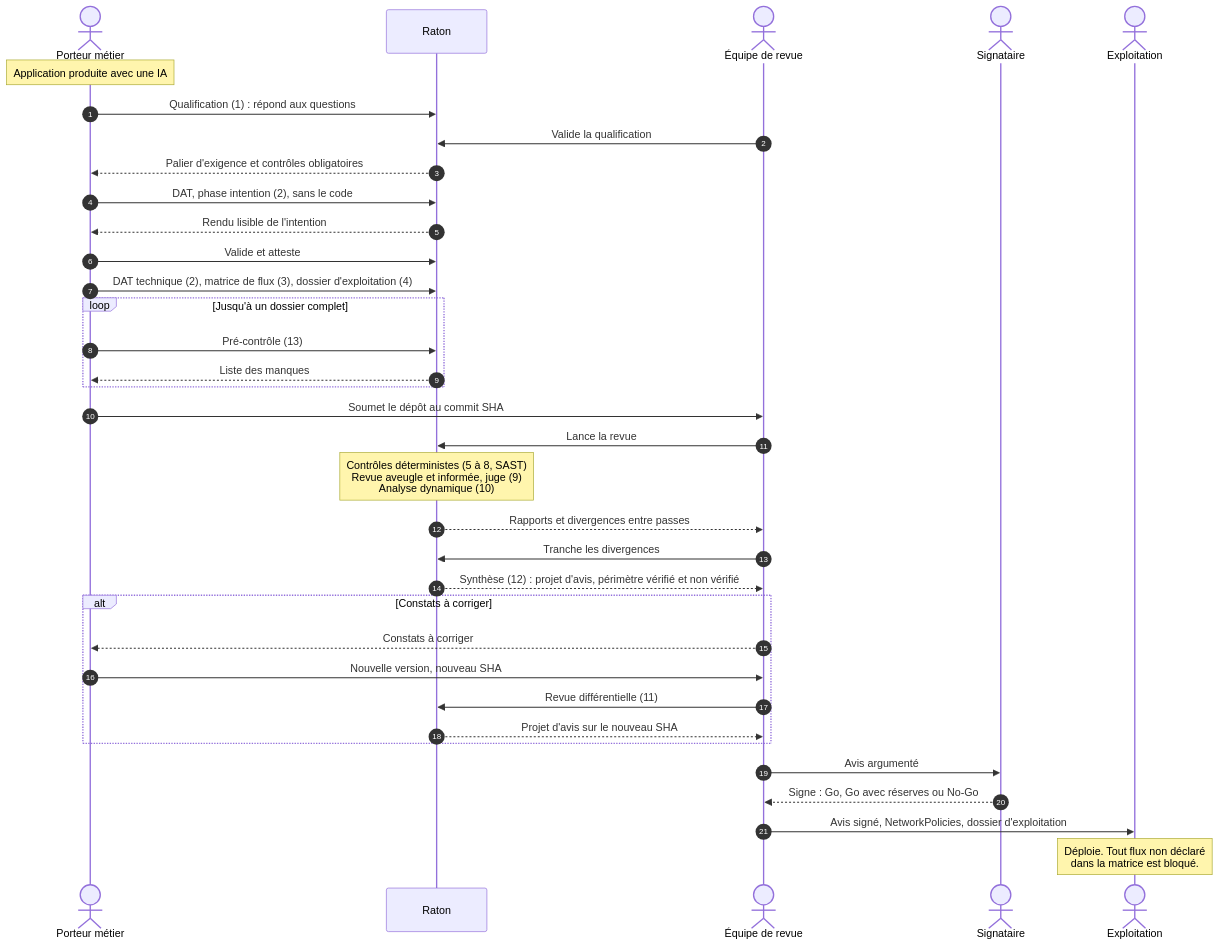
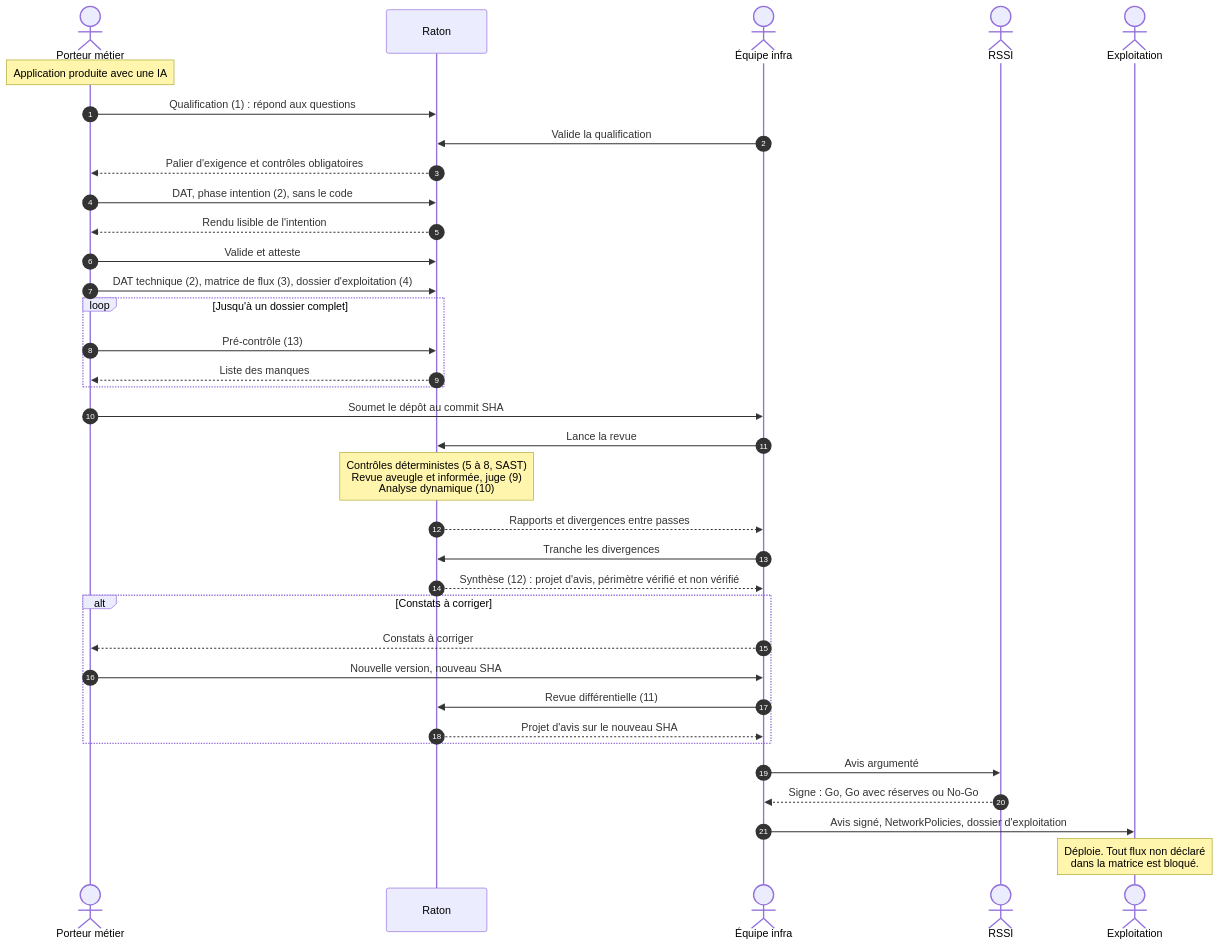
One commit to Jul0ow/Raton changed the second of 5 diagrams in docs/architecture.md. Above: the diagram before and after it, drawn with Mermaid. The commit also changed other lines of this file and 6 other files, not shown here.

````diff
--- a/docs/architecture.md
+++ b/docs/architecture.md
@@ -53,38 +53,38 @@
 ```mermaid
 sequenceDiagram
   autonumber
   actor M as Porteur métier
   participant R as Raton
-  actor E as Équipe de revue
-  actor S as Signataire
+  actor E as Équipe infra
+  actor S as RSSI
   actor X as Exploitation
 
   Note over M: Application produite avec une IA
   M->>R: Qualification (1) : répond aux questions
   E->>R: Valide la qualification
   R-->>M: Palier d'exigence et contrôles obligatoires
   M->>R: DAT, phase intention (2), sans le code
   R-->>M: Rendu lisible de l'intention
   M->>R: Valide et atteste
   M->>R: DAT technique (2), matrice de flux (3), dossier d'exploitation (4)
   loop Jusqu'à un dossier complet
     M->>R: Pré-contrôle (13)
     R-->>M: Liste des manques
   end
   M->>E: Soumet le dépôt au commit SHA
   E->>R: Lance la revue
   Note over R: Contrôles déterministes (5 à 8, SAST)<br/>Revue aveugle et informée, juge (9)<br/>Analyse dynamique (10)
   R-->>E: Rapports et divergences entre passes
   E->>R: Tranche les divergences
   R-->>E: Synthèse (12) : projet d'avis, périmètre vérifié et non vérifié
   alt Constats à corriger
     E-->>M: Constats à corriger
     M->>E: Nouvelle version, nouveau SHA
     E->>R: Revue différentielle (11)
     R-->>E: Projet d'avis sur le nouveau SHA
   end
   E->>S: Avis argumenté
   S-->>E: Signe : Go, Go avec réserves ou No-Go
   E->>X: Avis signé, NetworkPolicies, dossier d'exploitation
   Note over X: Déploie. Tout flux non déclaré<br/>dans la matrice est bloqué.
 ```
````
